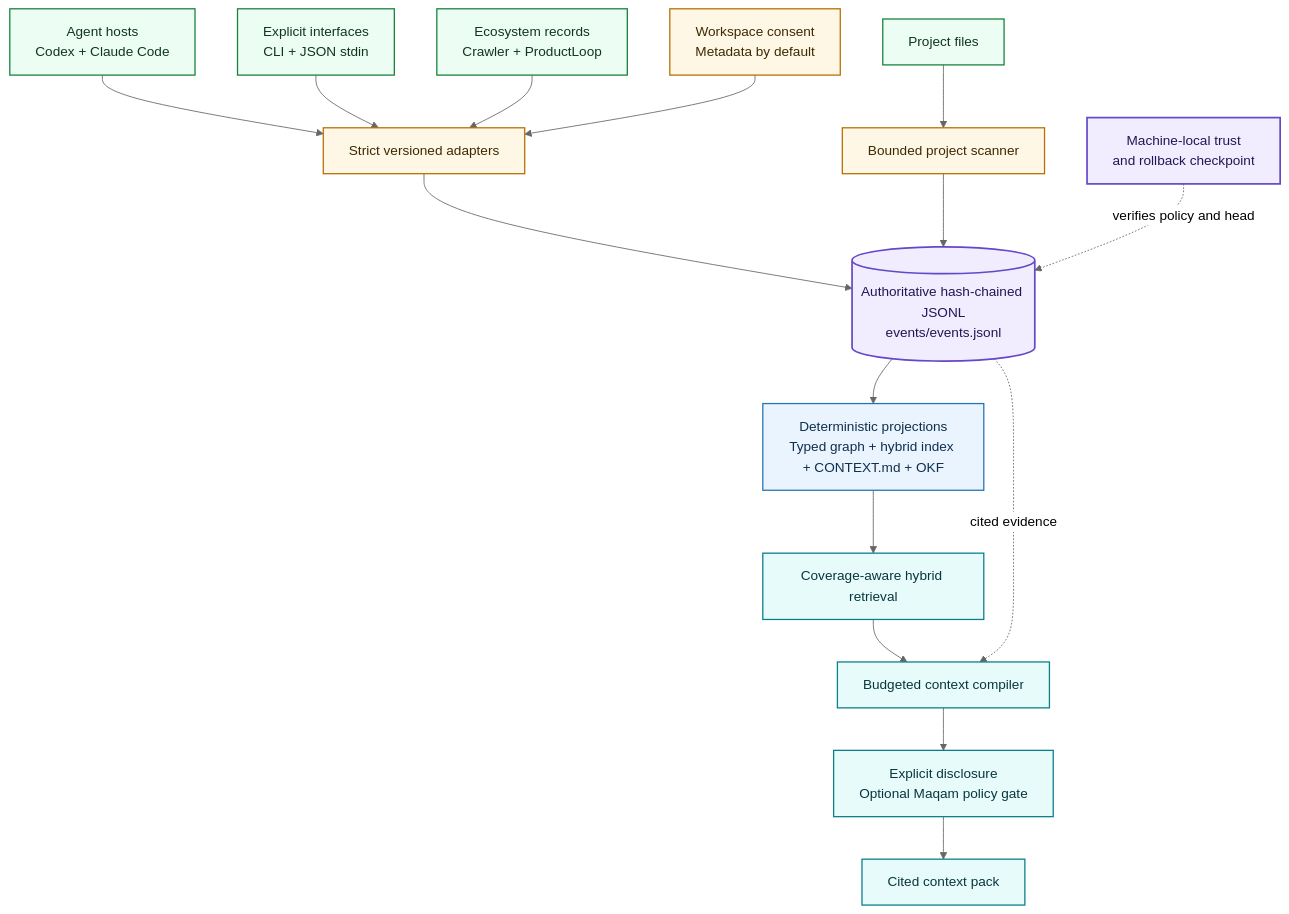
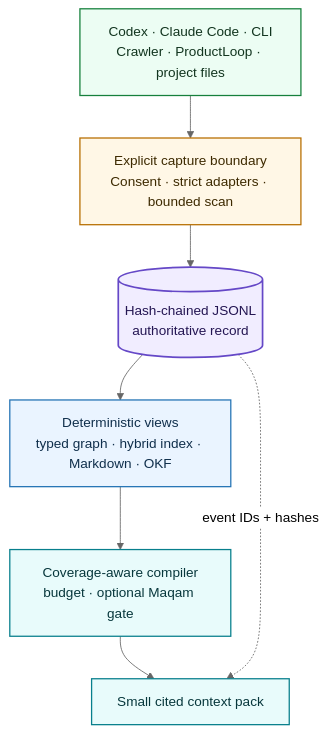
The diagram in docs/architecture.mmd (AjnasNB/qarinah), drawn with Mermaid (neutral theme) before and after one commit. The commit also changed 6 other files, not shown here.

```diff
--- a/docs/architecture.mmd
+++ b/docs/architecture.mmd
@@ -1,42 +1,22 @@
 flowchart TD
-  hosts["Agent hosts<br/>Codex + Claude Code"]
-  interfaces["Explicit interfaces<br/>CLI + JSON stdin"]
-  ecosystem["Ecosystem records<br/>Crawler + ProductLoop"]
-  workspace["Project files"]
+  inputs["Codex · Claude Code · CLI<br/>Crawler · ProductLoop · project files"]
+  boundary["Explicit capture boundary<br/>Consent · strict adapters · bounded scan"]
+  ledger[("Hash-chained JSONL<br/>authoritative record")]
+  views["Deterministic views<br/>typed graph · hybrid index · Markdown · OKF"]
+  compiler["Coverage-aware compiler<br/>budget · optional Maqam gate"]
+  pack["Small cited context pack"]
 
-  consent["Workspace consent<br/>Metadata by default"]
-  adapters["Strict versioned adapters"]
-  scanner["Bounded project scanner"]
-
-  trust["Machine-local trust<br/>and rollback checkpoint"]
-  ledger[("Authoritative hash-chained JSONL<br/>events/events.jsonl")]
-
-  projections["Deterministic projections<br/>Typed graph + hybrid index + CONTEXT.md + OKF"]
-  retrieve["Coverage-aware hybrid retrieval"]
-  compiler["Budgeted context compiler"]
-  gate["Explicit disclosure<br/>Optional Maqam policy gate"]
-  pack["Cited context pack"]
-
-  hosts --> adapters
-  interfaces --> adapters
-  ecosystem --> adapters
-  consent --> adapters
-  workspace --> scanner
-  adapters --> ledger
-  scanner --> ledger
-  trust -. verifies policy and head .-> ledger
-  ledger --> projections --> retrieve --> compiler
-  ledger -. cited evidence .-> compiler
-  compiler --> gate --> pack
+  inputs --> boundary --> ledger --> views --> compiler --> pack
+  ledger -. event IDs + hashes .-> pack
 
   classDef input fill:#ecfdf3,stroke:#16803c,color:#12351f,stroke-width:1.5px;
   classDef boundaryNode fill:#fff7e6,stroke:#b76e00,color:#3d2a00,stroke-width:1.5px;
   classDef authorityNode fill:#f1edff,stroke:#6548c7,color:#241653,stroke-width:2px;
   classDef projectionNode fill:#eaf4ff,stroke:#2474b5,color:#102f4c,stroke-width:1.5px;
   classDef disclosureNode fill:#e8fbfb,stroke:#087f8c,color:#07373c,stroke-width:1.5px;
 
-  class hosts,interfaces,ecosystem,workspace input;
-  class consent,adapters,scanner boundaryNode;
-  class trust,ledger authorityNode;
-  class projections projectionNode;
-  class retrieve,compiler,gate,pack disclosureNode;
+  class inputs input;
+  class boundary boundaryNode;
+  class ledger authorityNode;
+  class views projectionNode;
+  class compiler,pack disclosureNode;
```
